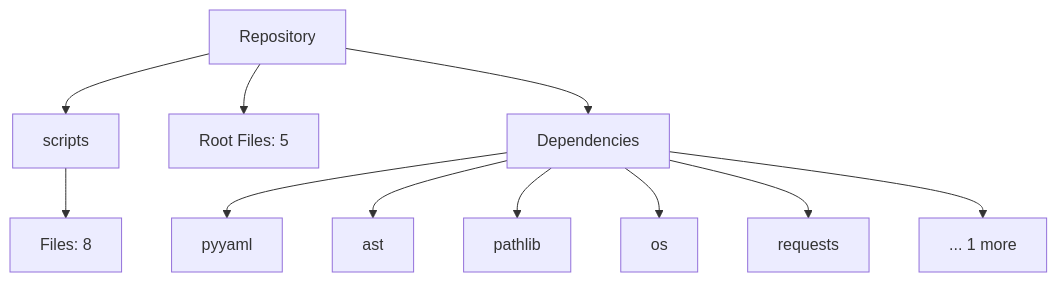
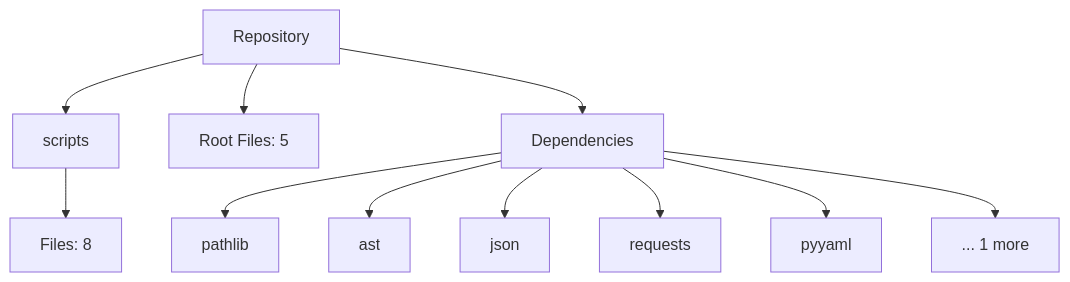
The diagram in README.md (NITISH-R-G/Smart-Task-Tracker-macOS-Dark-Edition-), drawn with Mermaid before and after one commit. The commit also changed 4 other files, not shown here.

Commit message:
docs(auto): Automatically update repository architecture and README

````diff
--- a/README.md
+++ b/README.md
@@ -17,15 +17,15 @@
 ```mermaid
 graph TD
     Root[Repository]
     Root --> scripts[scripts]
     scripts --> scripts_files[Files: 8]
     Root --> Root_files[Root Files: 5]
     Root --> Deps[Dependencies]
+    Deps --> pathlib[pathlib]
+    Deps --> ast[ast]
+    Deps --> json[json]
+    Deps --> requests[requests]
     Deps --> pyyaml[pyyaml]
-    Deps --> ast[ast]
-    Deps --> pathlib[pathlib]
-    Deps --> os[os]
-    Deps --> requests[requests]
     Deps --> MoreDeps[... 1 more]
 
 ```
````
